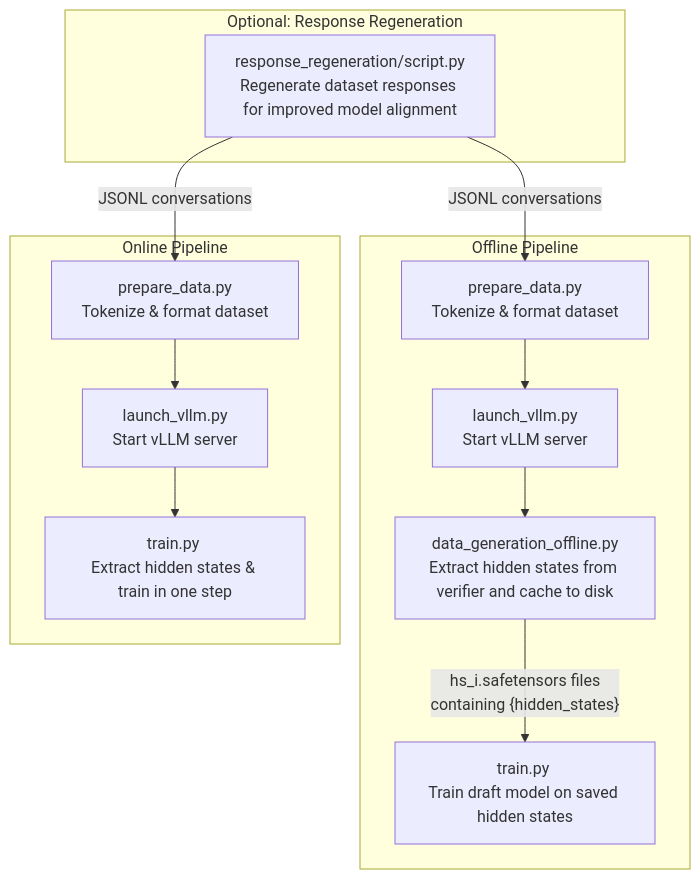
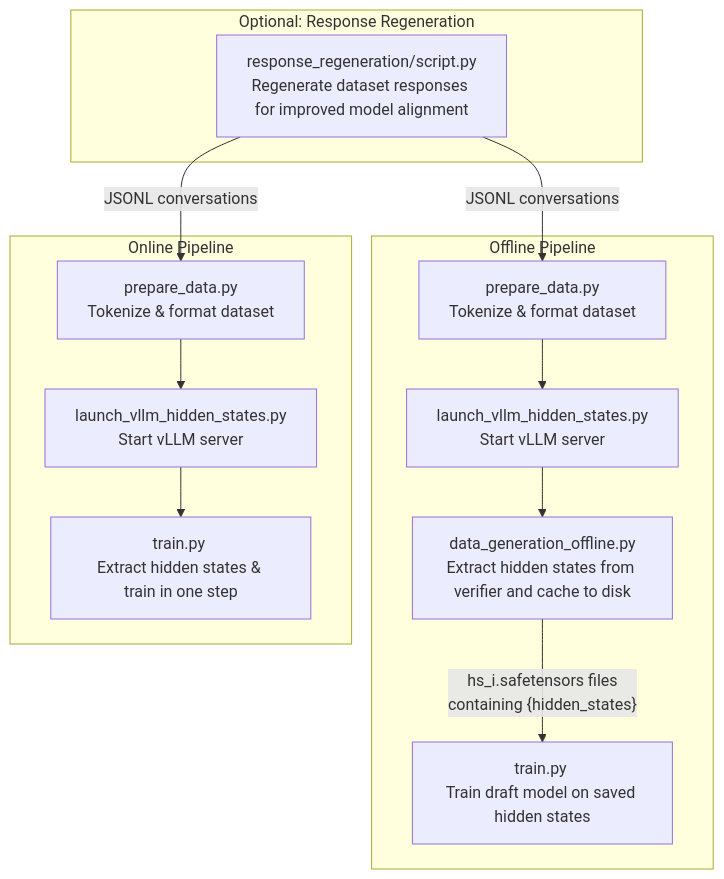
Before and after one commit to vllm-project/speculators: the diagram in docs/cli/index.md, drawn with Mermaid. The commit also changed other lines of this file and 22 other files, not shown here.

First line of the commit message:
Rename launch_vllm.py -> launch_vllm_hidden_states.py

````diff
--- a/docs/cli/index.md
+++ b/docs/cli/index.md
@@ -21,33 +21,33 @@
 ```mermaid
 flowchart TD
     subgraph optional ["Optional: Response Regeneration"]
         A["response_regeneration/script.py\nRegenerate dataset responses for improved model alignment"]
     end
 
     subgraph offline ["Offline Pipeline"]
         B["prepare_data.py\nTokenize & format dataset"]
-        C["launch_vllm.py\nStart vLLM server"]
+        C["launch_vllm_hidden_states.py\nStart vLLM server"]
         D["data_generation_offline.py\nExtract hidden states from verifier and cache to disk"]
         E["train.py \nTrain draft model on saved hidden states"]
     end
 
     subgraph online ["Online Pipeline"]
         F["prepare_data.py\nTokenize & format dataset"]
-        G["launch_vllm.py\nStart vLLM server"]
+        G["launch_vllm_hidden_states.py\nStart vLLM server"]
         H["train.py \nExtract hidden states & train in one step"]
     end
 
     A -- "JSONL conversations" --> B
     A -- "JSONL conversations" --> F
     B --> C --> D -- "hs_i.safetensors files\ncontaining {hidden_states}" --> E
     F --> G --> H
 
     click B "prepare_data/" _self
     click F "prepare_data/" _self
-    click C "launch_vllm/" _self
-    click G "launch_vllm/" _self
+    click C "launch_vllm_hidden_states/" _self
+    click G "launch_vllm_hidden_states/" _self
     click D "data_generation_offline/" _self
     click E "train/" _self
     click A "response_regeneration/" _self
     click H "train/" _self
 ```
````
